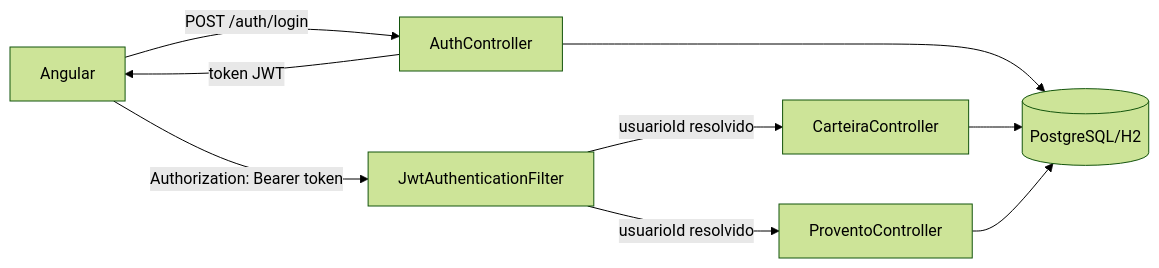
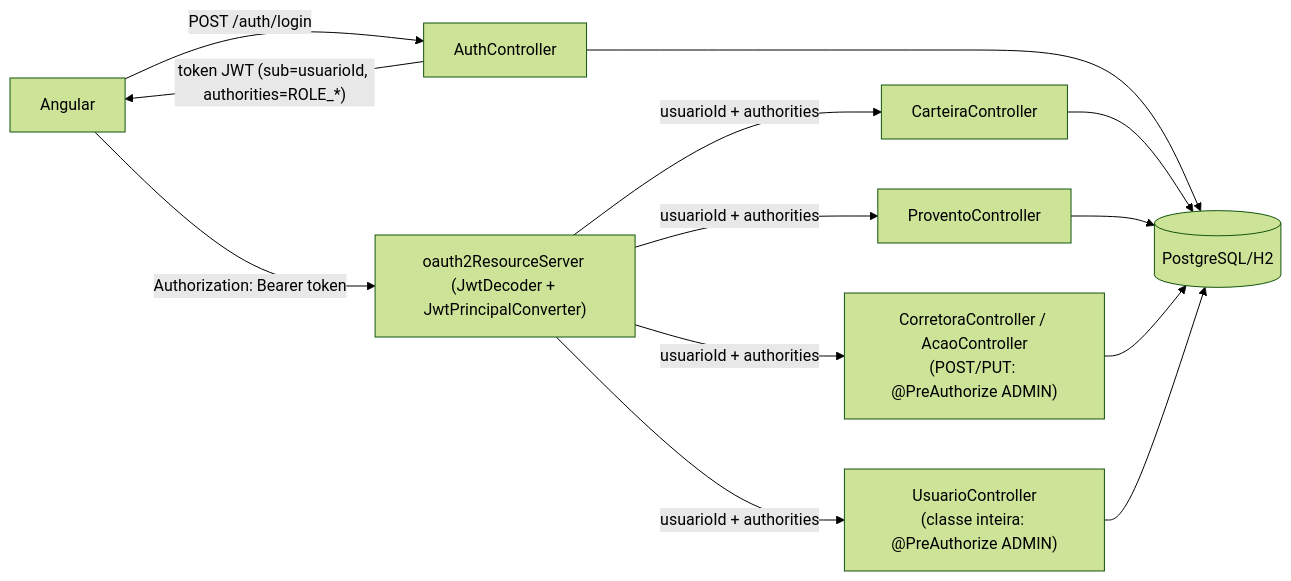
Before and after one commit to viniciussoliveiraa/gestao-acoes: the third of 3 diagrams in docs/diagramas.md, drawn with Mermaid (forest theme). The commit also changed other lines of this file and 47 other files, not shown here.

````diff
--- a/docs/diagramas.md
+++ b/docs/diagramas.md
@@ -120,17 +122,23 @@
 ```mermaid
 flowchart LR
   UI[Angular]
   AuthC[AuthController]
   CartC[CarteiraController]
   ProvC[ProventoController]
-  JwtFilter[JwtAuthenticationFilter]
+  CorretoraC["CorretoraController / AcaoController<br/>(POST/PUT: @PreAuthorize ADMIN)"]
+  UsuarioC["UsuarioController<br/>(classe inteira: @PreAuthorize ADMIN)"]
+  Oauth2["oauth2ResourceServer (JwtDecoder + JwtPrincipalConverter)"]
   DB[(PostgreSQL/H2)]
 
   UI -- "POST /auth/login" --> AuthC --> DB
-  AuthC -- token JWT --> UI
-  UI -- "Authorization: Bearer token" --> JwtFilter
-  JwtFilter -- usuarioId resolvido --> CartC
-  JwtFilter -- usuarioId resolvido --> ProvC
+  AuthC -- "token JWT (sub=usuarioId, authorities=ROLE_*)" --> UI
+  UI -- "Authorization: Bearer token" --> Oauth2
+  Oauth2 -- "usuarioId + authorities" --> CartC
+  Oauth2 -- "usuarioId + authorities" --> ProvC
+  Oauth2 -- "usuarioId + authorities" --> CorretoraC
+  Oauth2 -- "usuarioId + authorities" --> UsuarioC
   CartC --> DB
   ProvC --> DB
+  CorretoraC --> DB
+  UsuarioC --> DB
 ```
````
